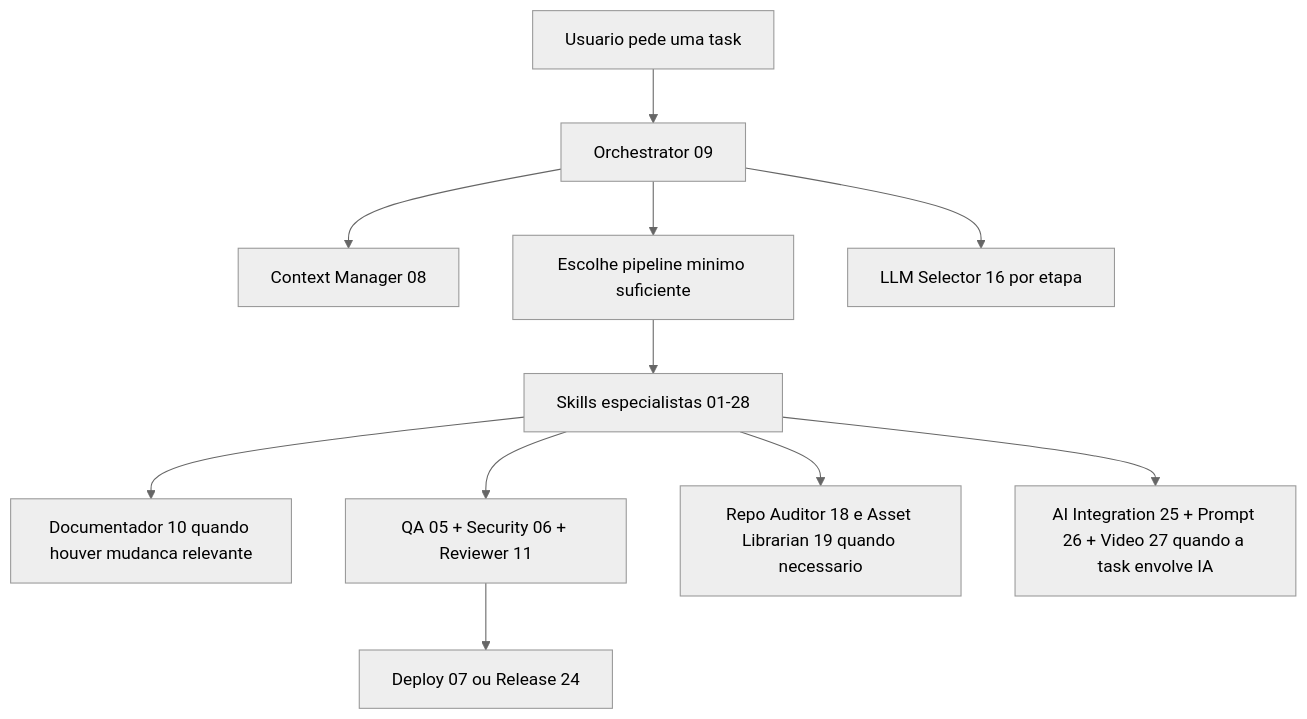
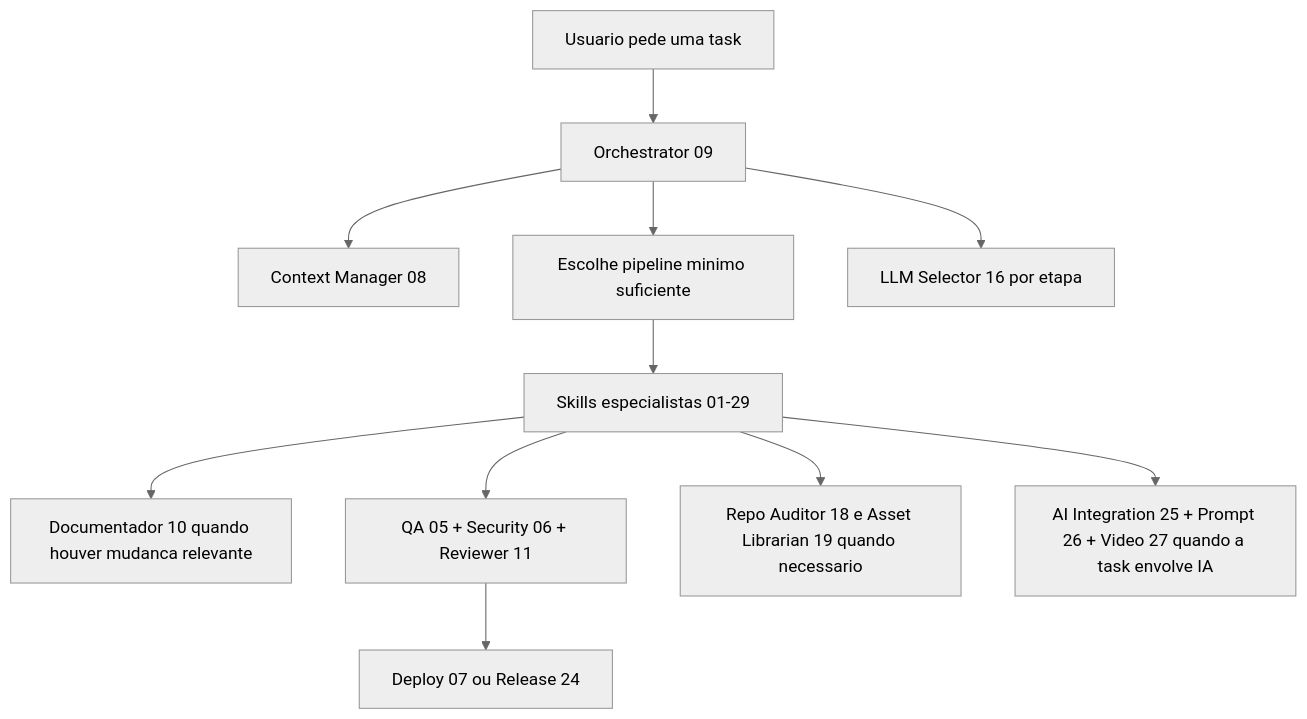
Before and after one commit to felvieira/claude-skills-fv: the first of 3 diagrams in README.md, drawn with Mermaid (neutral theme). The commit also changed other lines of this file and 4 other files, not shown here.

````diff
--- a/README.md
+++ b/README.md
@@ -26,13 +26,13 @@
 ```mermaid
 flowchart TD
     A[Usuario pede uma task] --> B[Orchestrator 09]
     B --> C[Context Manager 08]
     B --> D[Escolhe pipeline minimo suficiente]
-    D --> E[Skills especialistas 01-28]
+    D --> E[Skills especialistas 01-29]
     E --> F[Documentador 10 quando houver mudanca relevante]
     E --> G[QA 05 + Security 06 + Reviewer 11]
     G --> H[Deploy 07 ou Release 24]
     B --> I[LLM Selector 16 por etapa]
     E --> J[Repo Auditor 18 e Asset Librarian 19 quando necessario]
     E --> K[AI Integration 25 + Prompt 26 + Video 27 quando a task envolve IA]
 ```
````
